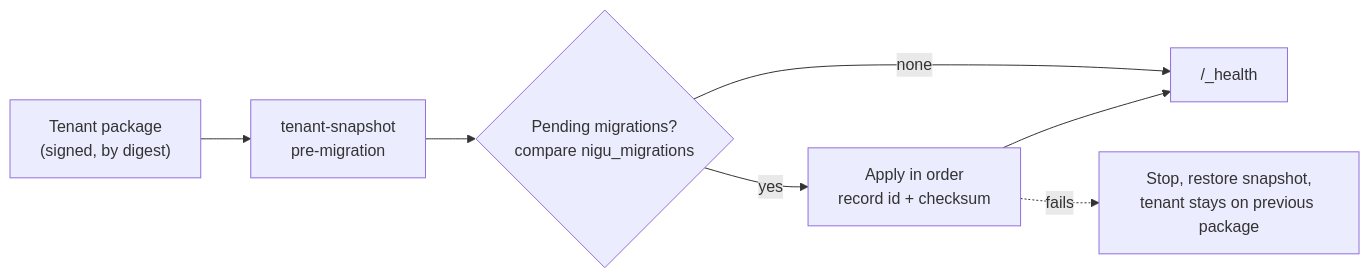
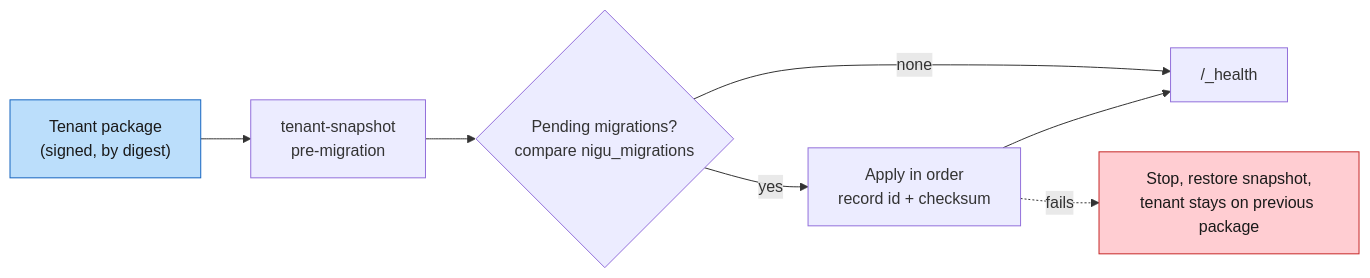
One commit to varunpathania86/nigu-lite changed diagram 12 of 23 in master-plan.md. Above: the diagram before and after it, drawn with Mermaid. The commit also changed other lines of this file and 38 other files, not shown here.

````diff
--- a/master-plan.md
+++ b/master-plan.md
@@ -795,8 +872,12 @@
 ```mermaid
 flowchart LR
   P["Tenant package<br/>(signed, by digest)"] --> S["tenant-snapshot<br/>pre-migration"]
   S --> C{"Pending migrations?<br/>compare nigu_migrations"}
   C -->|none| H["/_health"]
   C -->|yes| A["Apply in order<br/>record id + checksum"] --> H
   A -. fails .-> R["Stop, restore snapshot,<br/>tenant stays on previous package"]
+  class P app
+  class R fail
+  classDef app fill:#bbdefb,stroke:#1565c0,color:#1a1a1a
+  classDef fail fill:#ffcdd2,stroke:#c62828,color:#1a1a1a
 ```
````
